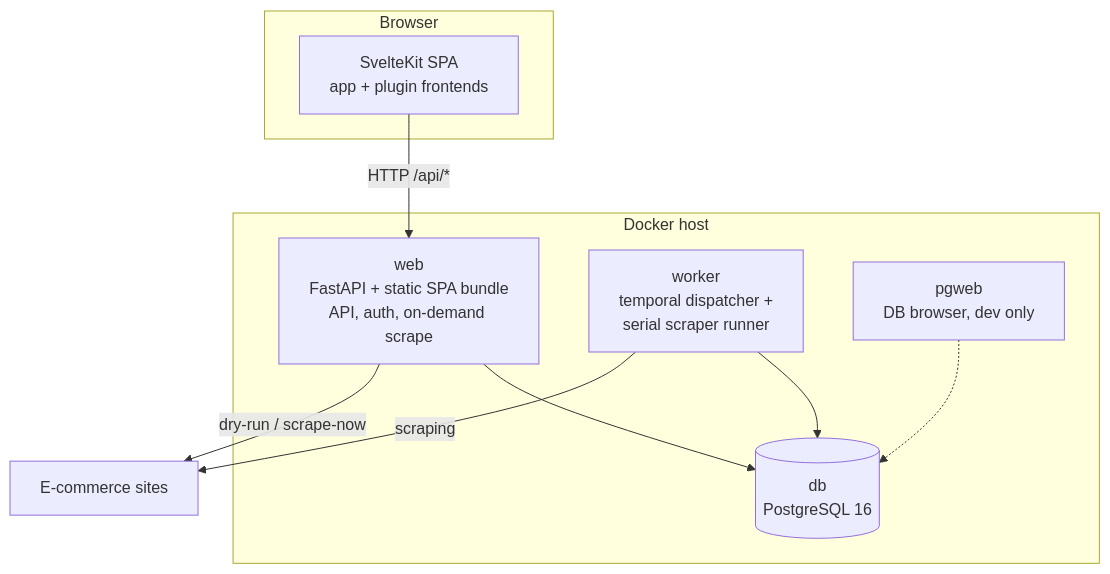
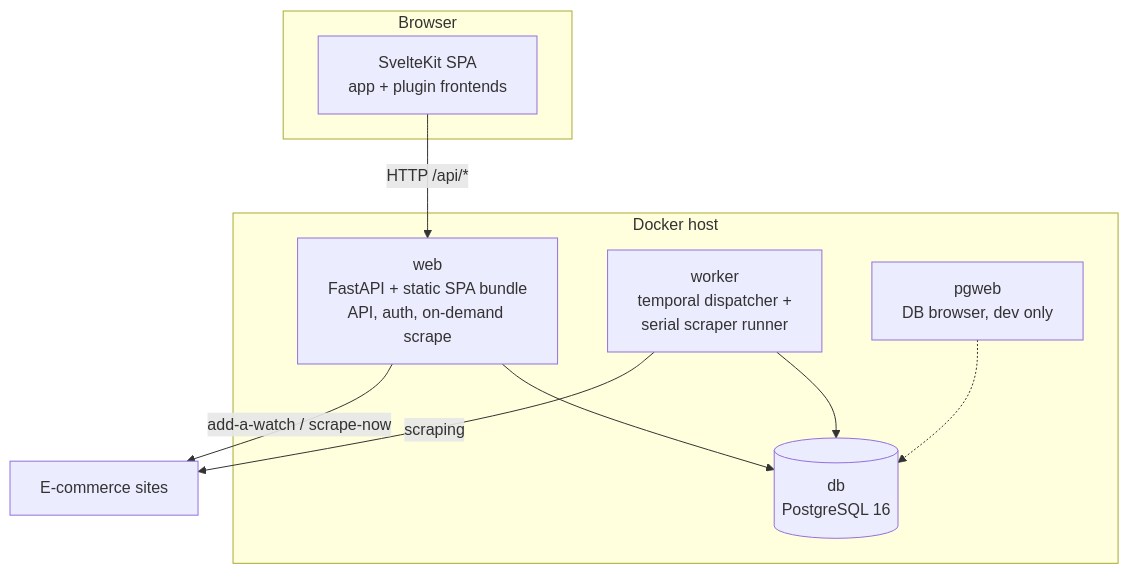
Before and after one commit to caporalesimone/watch-em-all: the first of 4 diagrams in docs/2-architecture/system-overview.md, drawn with Mermaid. The commit also changed other lines of this file and 24 other files, not shown here.

````diff
--- a/docs/2-architecture/system-overview.md
+++ b/docs/2-architecture/system-overview.md
@@ -11,20 +11,20 @@
 ```mermaid
 graph TB
     subgraph Browser
         SPA[SvelteKit SPA<br/>app + plugin frontends]
     end
     subgraph "Docker host"
         WEB[web<br/>FastAPI + static SPA bundle<br/>API, auth, on-demand scrape]
         WORKER[worker<br/>temporal dispatcher +<br/>serial scraper runner]
         DB[(db<br/>PostgreSQL 16)]
         ADM[pgweb<br/>DB browser, dev only]
     end
     EXT1[E-commerce sites]
 
     SPA -->|HTTP /api/*| WEB
     WEB --> DB
     WORKER --> DB
     WORKER -->|scraping| EXT1
-    WEB -->|dry-run / scrape-now| EXT1
+    WEB -->|add-a-watch / scrape-now| EXT1
     ADM -.-> DB
 ```
````
